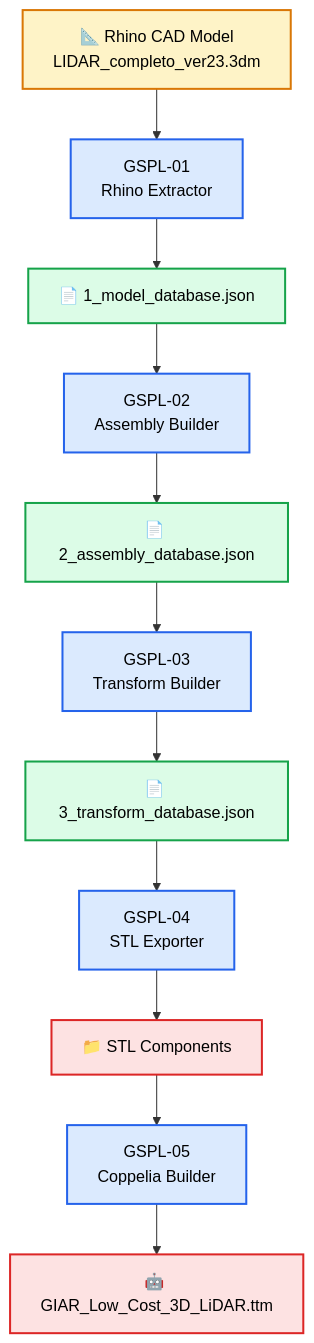
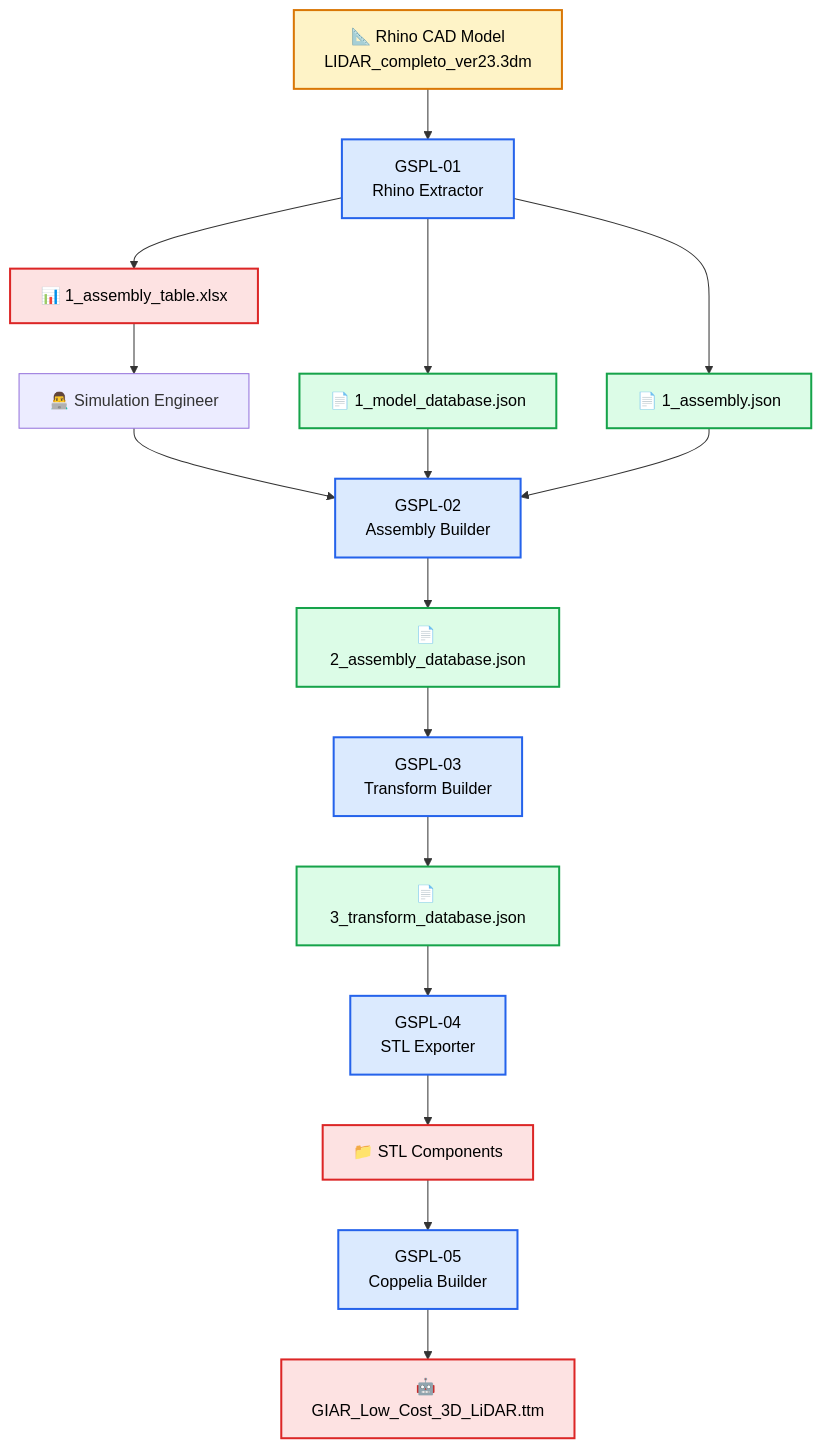
Before and after one commit to PabloFolino/GIAR-GIAR-Simulation-Pipeline-LiDAR: the diagram in README.md, drawn with Mermaid. The commit also changed other lines of this file and 11 other files, not shown here.

````diff
--- a/README.md
+++ b/README.md
@@ -19,46 +59,70 @@
 ```mermaid
 flowchart TB
 
     A["📐 Rhino CAD Model<br/>LIDAR_completo_ver23.3dm"]
 
     B["GSPL-01<br/>Rhino Extractor"]
 
     C["📄 1_model_database.json"]
 
-    D["GSPL-02<br/>Assembly Builder"]
+    D["📄 1_assembly.json"]
 
-    E["📄 2_assembly_database.json"]
+    E["📊 1_assembly_table.xlsx"]
 
-    F["GSPL-03<br/>Transform Builder"]
+    F["👨‍💻 Simulation Engineer"]
 
-    G["📄 3_transform_database.json"]
+    G["GSPL-02<br/>Assembly Builder"]
 
-    H["GSPL-04<br/>STL Exporter"]
+    H["📄 2_assembly_database.json"]
 
-    I["📁 STL Components"]
+    I["GSPL-03<br/>Transform Builder"]
 
-    J["GSPL-05<br/>Coppelia Builder"]
+    J["📄 3_transform_database.json"]
 
-    K["🤖 GIAR_Low_Cost_3D_LiDAR.ttm"]
+    K["GSPL-04<br/>STL Exporter"]
+
+    L["📁 STL Components"]
+
+    M["GSPL-05<br/>Coppelia Builder"]
+
+    N["🤖 GIAR_Low_Cost_3D_LiDAR.ttm"]
 
     A --> B
+
     B --> C
-    C --> D
-    D --> E
+    B --> D
+    B --> E
+
     E --> F
     F --> G
+
+    C --> G
+    D --> G
+
     G --> H
+
     H --> I
+
     I --> J
+
     J --> K
+
+    K --> L
+
+    L --> M
+
+    M --> N
 
     classDef program fill:#dbeafe,stroke:#2563eb,stroke-width:2px,color:#000;
     classDef database fill:#dcfce7,stroke:#16a34a,stroke-width:2px,color:#000;
     classDef cad fill:#fef3c7,stroke:#d97706,stroke-width:2px,color:#000;
     classDef output fill:#fde2e2,stroke:#dc2626,stroke-width:2px,color:#000;
 
     class A cad;
-    class B,D,F,H,J program;
-    class C,E,G database;
-    class I,K output;
+
+    class B,G,I,K,M program;
+
+    class C,D,H,J database;
+
+    class E,L,N output;
 ```
````
